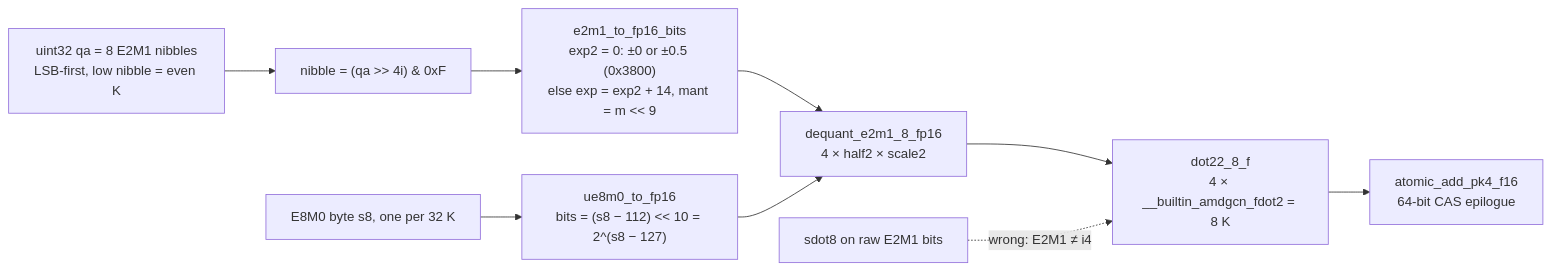
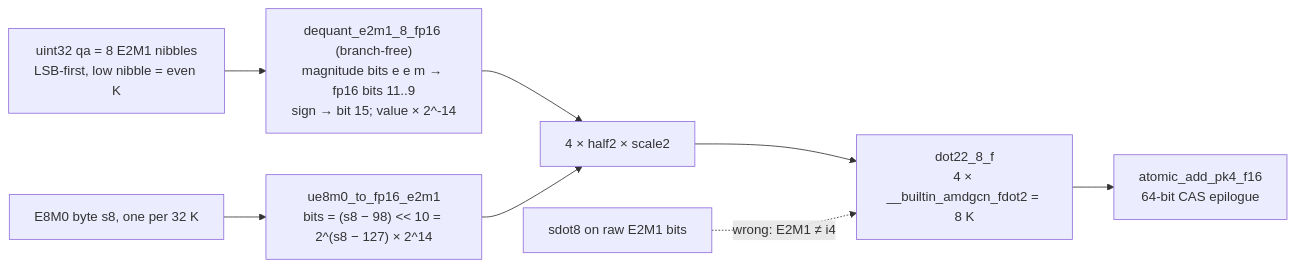
The diagram in kernels/quant/mxfp4.md (BlivionIaG/rdna-hip-wiki), drawn with Mermaid before and after one commit. The commit also changed other lines of this file, not shown here.

Commit message:
kernels/quant/mxfp4: v0.31.0 audit — current branch-free E2M1 decode at 1dc3bac4, LUT history with SHAs, block size, swiglu clamp

````diff
--- a/kernels/quant/mxfp4.md
+++ b/kernels/quant/mxfp4.md
@@ -28,11 +54,11 @@
 ```mermaid
 flowchart LR
-  P["uint32 qa = 8 E2M1 nibbles<br/>LSB-first, low nibble = even K"] --> N["nibble = (qa >> 4i) & 0xF"]
-  N --> E["e2m1_to_fp16_bits<br/>exp2 = 0: ±0 or ±0.5 (0x3800)<br/>else exp = exp2 + 14, mant = m << 9"]
-  S["E8M0 byte s8, one per 32 K"] --> U["ue8m0_to_fp16<br/>bits = (s8 − 112) << 10 = 2^(s8 − 127)"]
-  E --> H["dequant_e2m1_8_fp16<br/>4 × half2 × scale2"]
+  P["uint32 qa = 8 E2M1 nibbles<br/>LSB-first, low nibble = even K"]
+  P --> E["dequant_e2m1_8_fp16 (branch-free)<br/>magnitude bits e e m → fp16 bits 11..9<br/>sign → bit 15; value × 2^-14"]
+  S["E8M0 byte s8, one per 32 K"] --> U["ue8m0_to_fp16_e2m1<br/>bits = (s8 − 98) << 10 = 2^(s8 − 127) × 2^14"]
+  E --> H["4 × half2 × scale2"]
   U --> H
   H --> D["dot22_8_f<br/>4 × __builtin_amdgcn_fdot2 = 8 K"]
   D --> C["atomic_add_pk4_f16<br/>64-bit CAS epilogue"]
   X["sdot8 on raw E2M1 bits"] -. "wrong: E2M1 ≠ i4" .-> D
 ```
````
